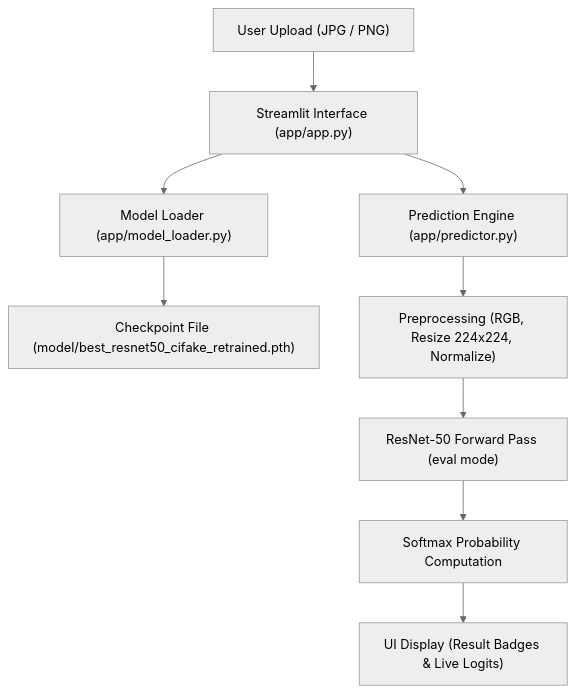
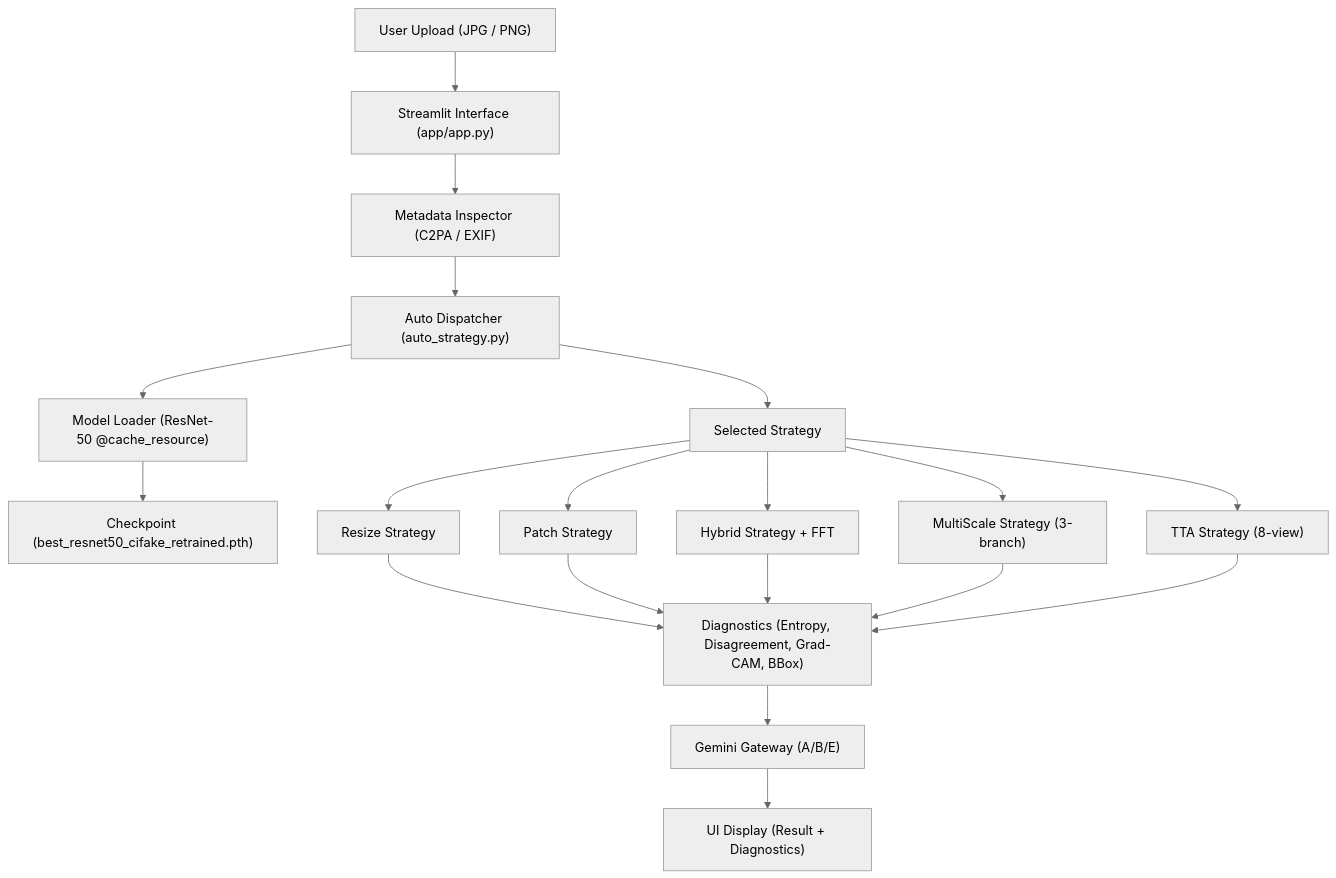
Before and after one commit to rominkevadiya/ALGONAUTS_INTERNAL_LJ_HACK: the first of 4 diagrams in docs/02_system_architecture.md, drawn with Mermaid (neutral theme). The commit also changed other lines of this file and 16 other files, not shown here.

````diff
--- a/docs/02_system_architecture.md
+++ b/docs/02_system_architecture.md
@@ -40,11 +49,17 @@
 ```mermaid
 graph TD
     User["User Upload (JPG / PNG)"] --> UI["Streamlit Interface (app/app.py)"]
-    UI --> Loader["Model Loader (app/model_loader.py)"]
-    Loader --> Checkpoint["Checkpoint File (model/best_resnet50_cifake_retrained.pth)"]
-    UI --> Predictor["Prediction Engine (app/predictor.py)"]
-    Predictor --> Preproc["Preprocessing (RGB, Resize 224x224, Normalize)"]
-    Preproc --> Forward["ResNet-50 Forward Pass (eval mode)"]
-    Forward --> Softmax["Softmax Probability Computation"]
-    Softmax --> Output["UI Display (Result Badges & Live Logits)"]
+    UI --> Meta["Metadata Inspector (C2PA / EXIF)"]
+    Meta --> Auto["Auto Dispatcher (auto_strategy.py)"]
+    Auto --> Loader["Model Loader (ResNet-50 @cache_resource)"]
+    Loader --> Checkpoint["Checkpoint (best_resnet50_cifake_retrained.pth)"]
+    Auto --> Strategy["Selected Strategy"]
+    Strategy --> Resize["Resize Strategy"]
+    Strategy --> Patch["Patch Strategy"]
+    Strategy --> Hybrid["Hybrid Strategy + FFT"]
+    Strategy --> Multiscale["MultiScale Strategy (3-branch)"]
+    Strategy --> TTA["TTA Strategy (8-view)"]
+    Resize & Patch & Hybrid & Multiscale & TTA --> Diag["Diagnostics (Entropy, Disagreement, Grad-CAM, BBox)"]
+    Diag --> Gemini["Gemini Gateway (A/B/E)"]
+    Gemini --> Output["UI Display (Result + Diagnostics)"]
 ```
````
